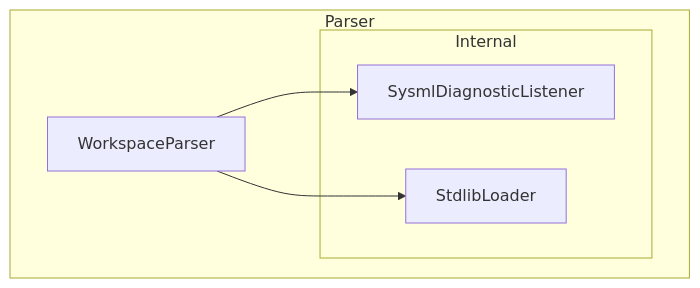
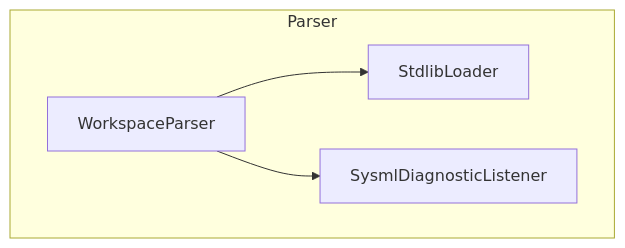
One commit to demaconsulting/SysML2Tools changed the diagram in docs/design/sysml2-tools-core.md. Above: the diagram before and after it, drawn with Mermaid.

Commit message:
fix: flatten nested mermaid subgraph in sysml2-tools-core.md
Nested subgraphs (subgraph inside subgraph) hang the mermaid-filter
Puppeteer renderer in CI. Flatten the Parser/Internal hierarchy into a
single subgraph — the Internal grouping is documented in prose.

````diff
--- a/docs/design/sysml2-tools-core.md
+++ b/docs/design/sysml2-tools-core.md
@@ -14,12 +14,10 @@
 ```mermaid
 flowchart TD
     subgraph Parser
         WorkspaceParser
-        subgraph Internal
-            SysmlDiagnosticListener
-            StdlibLoader
-        end
+        SysmlDiagnosticListener
+        StdlibLoader
     end
     WorkspaceParser --> StdlibLoader
     WorkspaceParser --> SysmlDiagnosticListener
 ```
````
